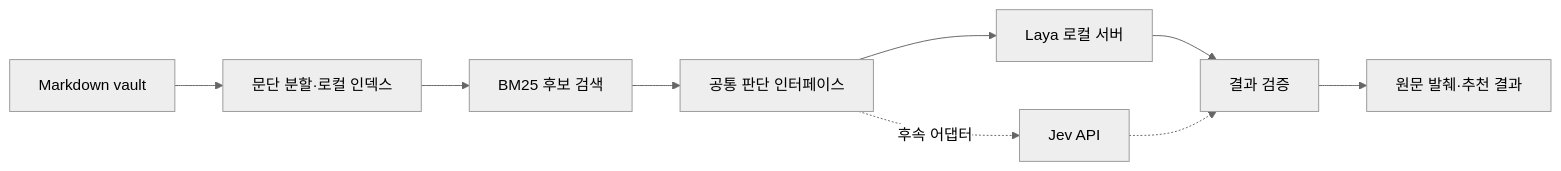
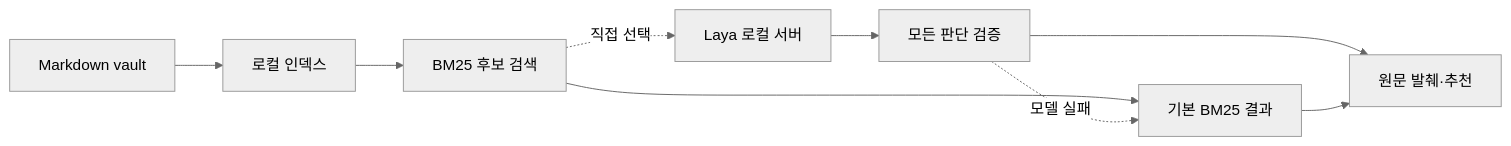
Before and after one commit to hyeondata/brain-openkit: the diagram in README.ko.md, drawn with Mermaid (neutral theme). The commit also changed other lines of this file and 32 other files, not shown here.

````diff
--- a/README.ko.md
+++ b/README.ko.md
@@ -47,11 +43,11 @@
-```mermaid
+~~~mermaid
 flowchart LR
-    A[Markdown vault] --> B[문단 분할·로컬 인덱스]
+    A[Markdown vault] --> B[로컬 인덱스]
     B --> C[BM25 후보 검색]
-    C --> D[공통 판단 인터페이스]
-    D --> E[Laya 로컬 서버]
-    D -. 후속 어댑터 .-> F[Jev API]
-    E --> G[결과 검증]
-    F -.-> G
-    G --> H[원문 발췌·추천 결과]
-```
+    C --> D[기본 BM25 결과]
+    C -. 직접 선택 .-> E[Laya 로컬 서버]
+    E --> F[모든 판단 검증]
+    F --> G[원문 발췌·추천]
+    D --> G
+    F -. 모델 실패 .-> D
+~~~
````
